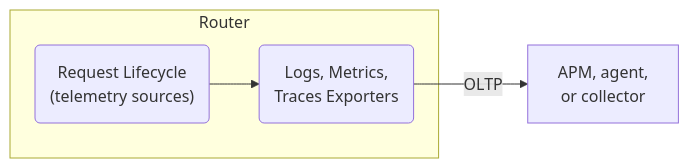
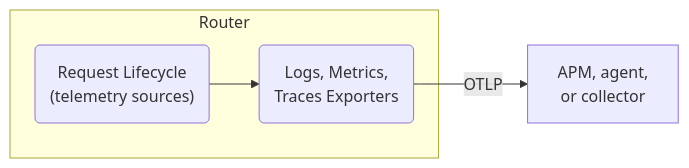
The first of 4 diagrams in docs/source/routing/observability/telemetry.mdx (apollographql/router), drawn with Mermaid before and after one commit.

````diff
--- a/docs/source/routing/observability/telemetry.mdx
+++ b/docs/source/routing/observability/telemetry.mdx
@@ -25,11 +25,11 @@
 ```mermaid
 flowchart LR
     subgraph Router
     lifecycle("Request Lifecycle<br/>(telemetry sources)")
     exporters("Logs, Metrics,<br/>Traces Exporters")
     lifecycle-->exporters
     end
 
     apms["APM, agent,<br/>or collector"]
-    exporters--"OLTP"-->apms
+    exporters--"OTLP"-->apms
 ```
````
